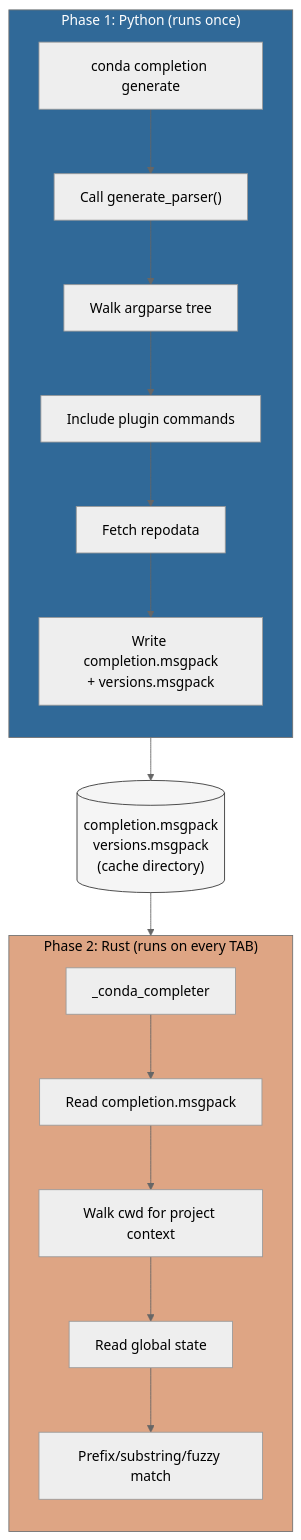
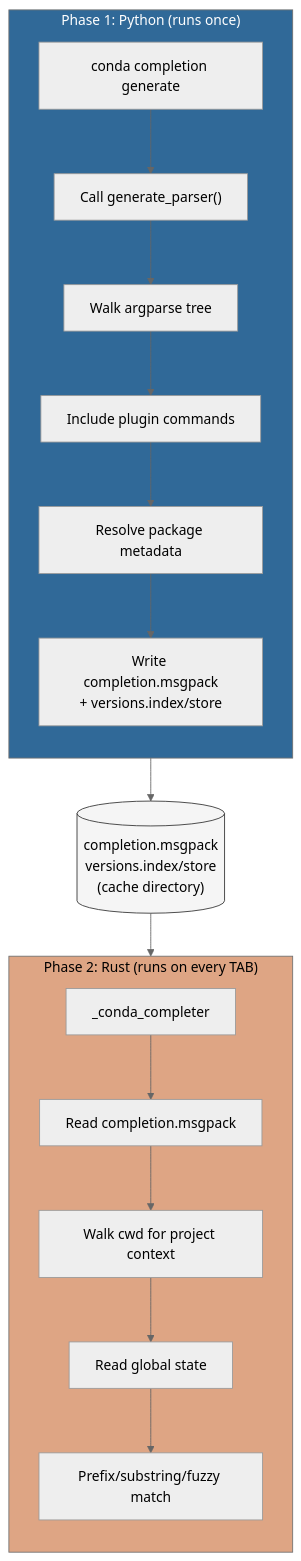
Before and after one commit to conda-incubator/conda-completion: the diagram in docs/explanation/architecture.md, drawn with Mermaid (neutral theme). The commit also changed other lines of this file and 32 other files, not shown here.

Commit message:
Document package metadata cache controls

````diff
--- a/docs/explanation/architecture.md
+++ b/docs/explanation/architecture.md
@@ -9,27 +9,27 @@
 ```{mermaid}
 flowchart TD
     subgraph python ["Phase 1: Python (runs once)"]
         direction TB
         A["conda completion generate"] --> B["Call generate_parser()"]
         B --> C["Walk argparse tree"]
         C --> D["Include plugin commands"]
-        D --> D2["Fetch repodata"]
-        D2 --> E["Write completion.msgpack\n+ versions.msgpack"]
+        D --> D2["Resolve package metadata"]
+        D2 --> E["Write completion.msgpack\n+ versions.index/store"]
     end
 
-    E --> F[("completion.msgpack\nversions.msgpack\n(cache directory)")]
+    E --> F[("completion.msgpack\nversions.index/store\n(cache directory)")]
 
     subgraph rust ["Phase 2: Rust (runs on every TAB)"]
         direction TB
         G["_conda_completer"] --> H["Read completion.msgpack"]
         H --> I["Walk cwd for project context"]
         I --> J["Read global state"]
         J --> K["Prefix/substring/fuzzy match"]
     end
 
     F --> G
 
     style python fill:#306998,color:#fff
     style rust fill:#dea584,color:#000
     style F fill:#f5f5f5,stroke:#333
 ```
````
